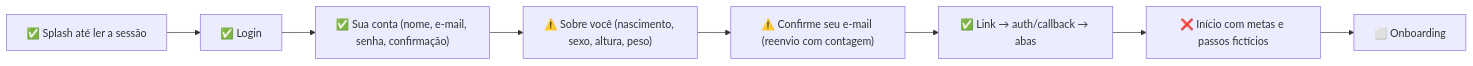
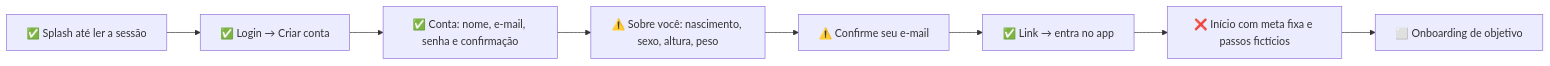
Before and after one commit to willians-e-silva/treina: the first of 9 diagrams in audit/analysis.md, drawn with Mermaid. The commit also changed other lines of this file and 14 other files, not shown here.

````diff
--- a/audit/analysis.md
+++ b/audit/analysis.md
@@ -2030,18 +2117,18 @@
 ```mermaid
 flowchart LR
   s0["✅ Splash até ler a sessão"]
-  s1["✅ Login"]
+  s1["✅ Login → Criar conta"]
   s0 --> s1
-  s2["✅ Sua conta (nome, e-mail, senha, confirmação)"]
+  s2["✅ Conta: nome, e-mail, senha e confirmação"]
   s1 --> s2
-  s3["⚠️ Sobre você (nascimento, sexo, altura, peso)"]
+  s3["⚠️ Sobre você: nascimento, sexo, altura, peso"]
   s2 --> s3
-  s4["⚠️ Confirme seu e-mail (reenvio com contagem)"]
+  s4["⚠️ Confirme seu e-mail"]
   s3 --> s4
-  s5["✅ Link → auth/callback → abas"]
+  s5["✅ Link → entra no app"]
   s4 --> s5
-  s6["❌ Início com metas e passos fictícios"]
+  s6["❌ Início com meta fixa e passos fictícios"]
   s5 --> s6
-  s7["⬜ Onboarding"]
+  s7["⬜ Onboarding de objetivo"]
   s6 --> s7
 ```
````
